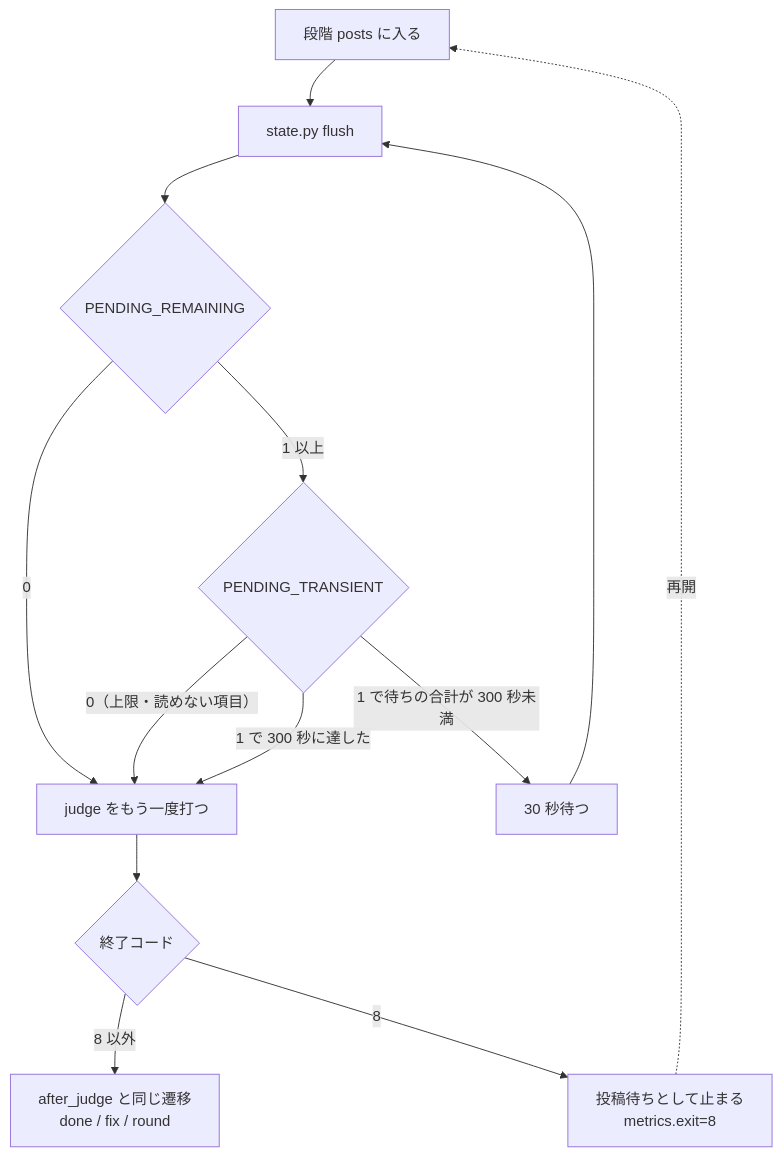
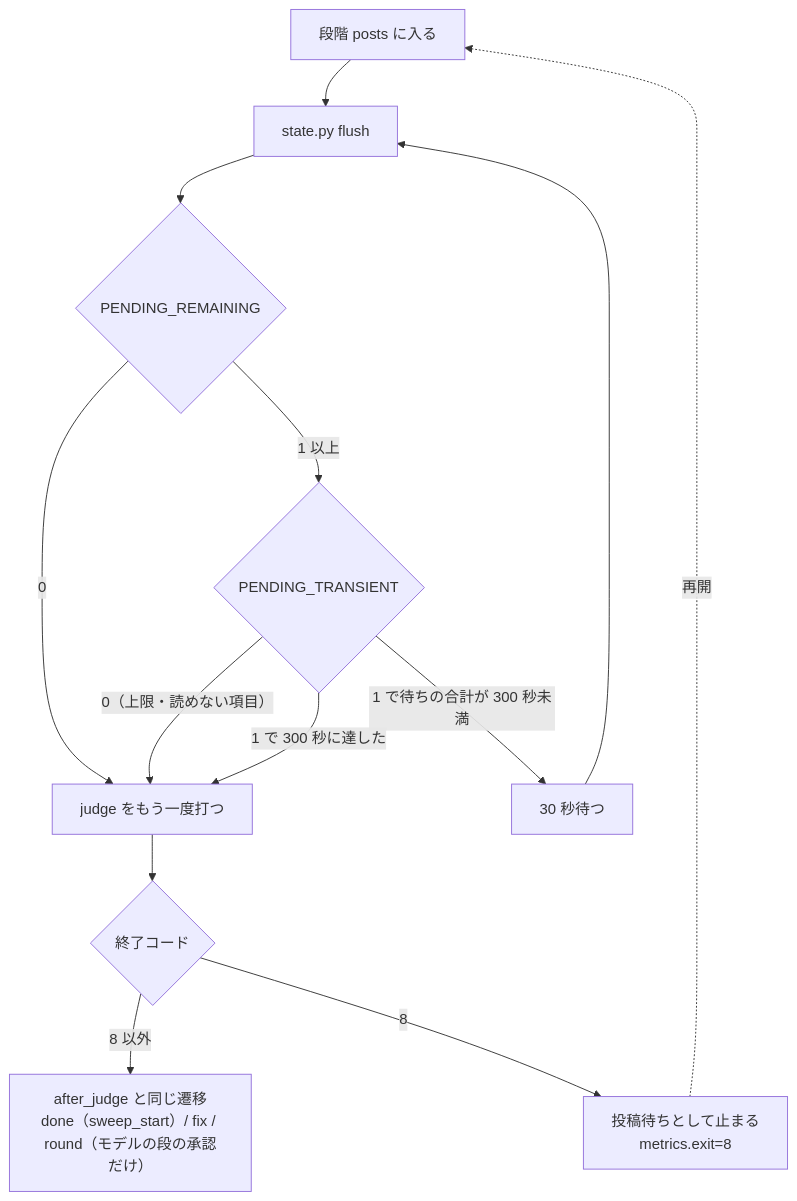
One commit to devbasex/ai-plugins changed the fourth of 5 diagrams in issues/issue-1843-design.md. Above: the diagram before and after it, drawn with Mermaid. The commit also changed other lines of this file, not shown here.

Commit message:
Docs: #1843 の遷移図へ posts から round（モデルの段の承認）を戻し、I5 に反しない理由を書く

````diff
--- a/issues/issue-1843-design.md
+++ b/issues/issue-1843-design.md
@@ -217,14 +217,14 @@
 ```mermaid
 graph TD
     A[段階 posts に入る] --> B[state.py flush]
     B --> C{PENDING_REMAINING}
     C -- 0 --> J[judge をもう一度打つ]
     C -- 1 以上 --> E{PENDING_TRANSIENT}
     E -- 1 で待ちの合計が 300 秒未満 --> W[30 秒待つ] --> B
     E -- 0（上限・読めない項目） --> J
     E -- 1 で 300 秒に達した --> J
     J --> K{終了コード}
-    K -- 8 以外 --> N[after_judge と同じ遷移<br/>done / fix / round]
+    K -- 8 以外 --> N[after_judge と同じ遷移<br/>done（sweep_start）/ fix / round（モデルの段の承認だけ）]
     K -- 8 --> S[投稿待ちとして止まる<br/>metrics.exit=8]
     S -. 再開 .-> A
 ```
````
